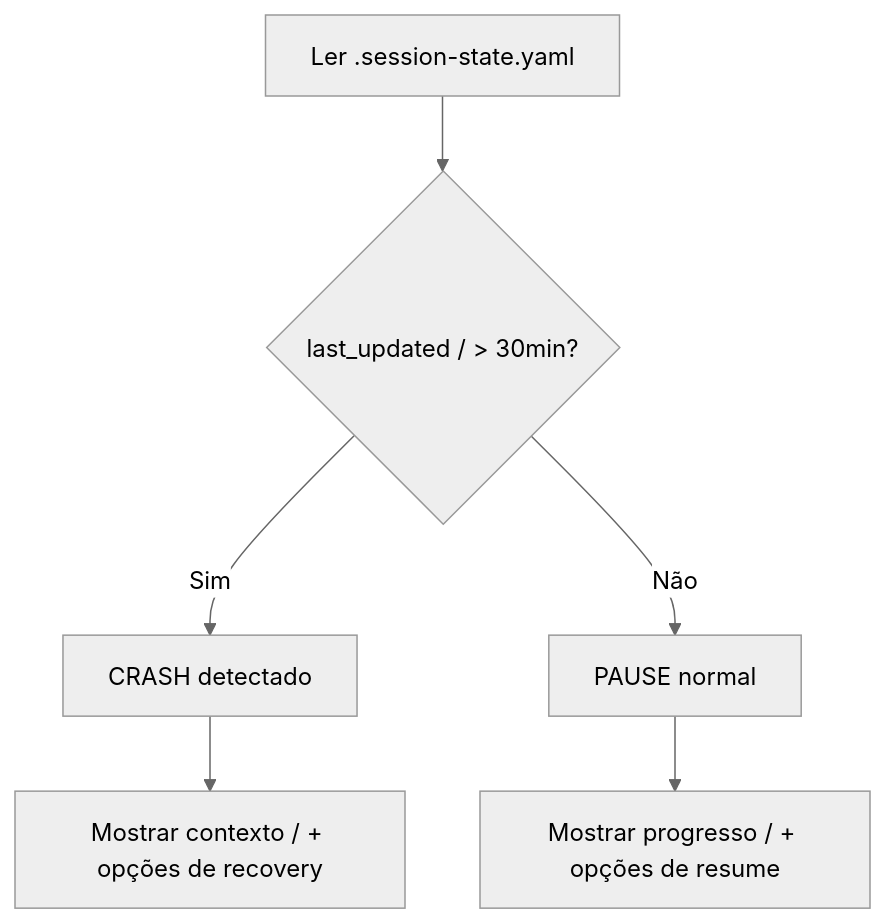
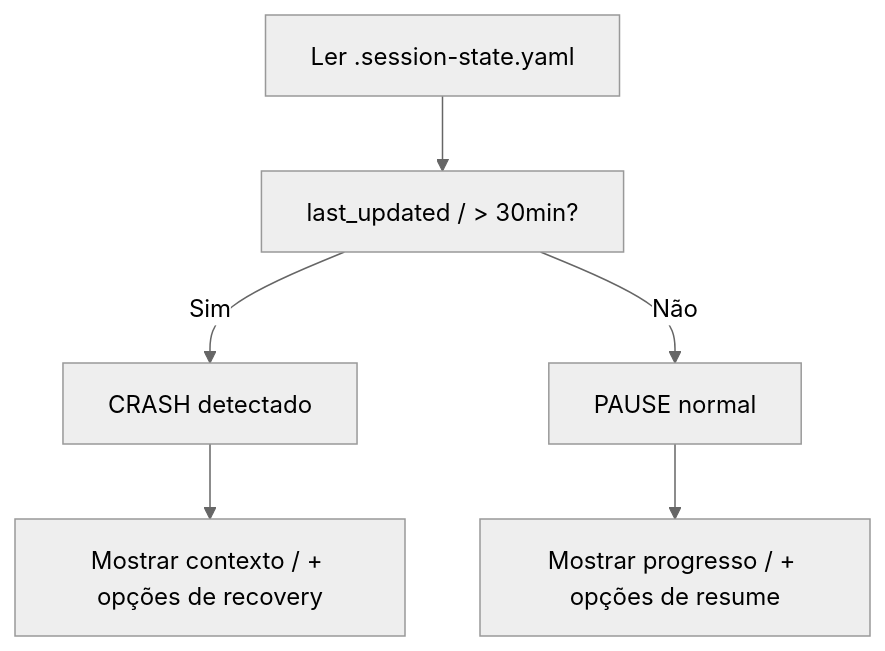
Before and after one commit to bychrisr/aios-docs: the fourth of 17 diagrams in content/en/docs/aios-workflows/bob-orchestrator-workflow.mdx, drawn with Mermaid (neutral theme). The commit also changed other lines of this file and 40 other files, not shown here.

````diff
--- a/content/en/docs/aios-workflows/bob-orchestrator-workflow.mdx
+++ b/content/en/docs/aios-workflows/bob-orchestrator-workflow.mdx
@@ -339,8 +339,8 @@
 ```mermaid
 flowchart TB
-    A["Ler .session-state.yaml"] --> B{"last_updated / > 30min?"}
+    A["Ler .session-state.yaml"] --> B["last_updated / > 30min?"]
     B -->|Sim| C["CRASH detectado"]
     B -->|Não| D["PAUSE normal"]
     C --> E["Mostrar contexto / + opções de recovery"]
     D --> F["Mostrar progresso / + opções de resume"]
 ```
````
